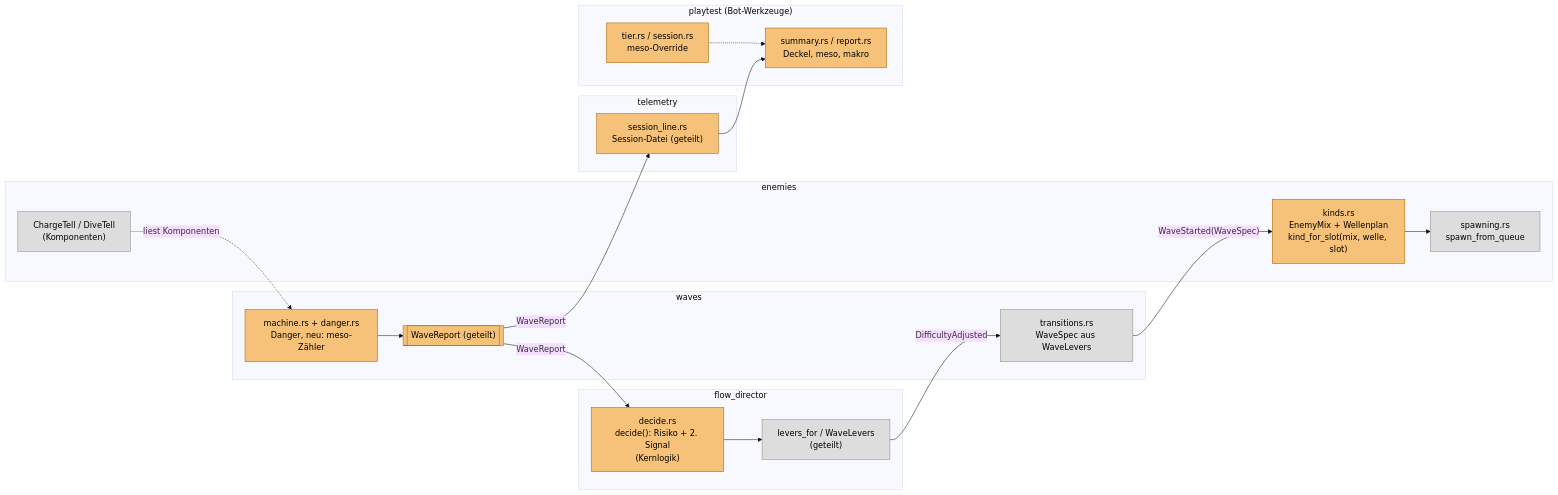
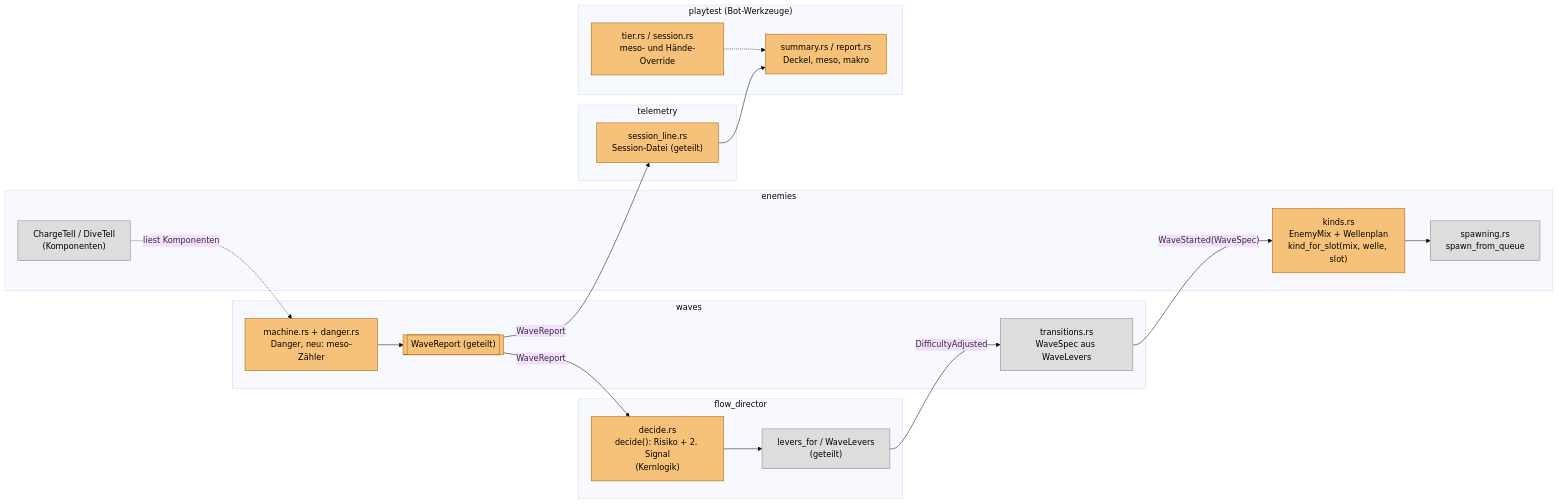
Before and after one commit to Maginis00/Arena-flow: the first of 2 diagrams in docs/PLAN.md, drawn with Mermaid (base theme). The commit also changed other lines of this file, not shown here.

````diff
--- a/docs/PLAN.md
+++ b/docs/PLAN.md
@@ -90,40 +94,40 @@
 ```mermaid
 flowchart LR
   subgraph enemies
     KINDS["kinds.rs<br/>EnemyMix + Wellenplan<br/>kind_for_slot(mix, welle, slot)"]
     SPAWN["spawning.rs<br/>spawn_from_queue"]
     TELLS["ChargeTell / DiveTell<br/>(Komponenten)"]
   end
   subgraph waves
     TRANS["transitions.rs<br/>WaveSpec aus WaveLevers"]
     MEAS["machine.rs + danger.rs<br/>Danger, neu: meso-Zähler"]
     REPORT[["WaveReport (geteilt)"]]
   end
   subgraph flow_director
     DECIDE["decide.rs<br/>decide(): Risiko + 2. Signal<br/>(Kernlogik)"]
     LEVERS["levers_for / WaveLevers<br/>(geteilt)"]
   end
   subgraph telemetry
     LINE["session_line.rs<br/>Session-Datei (geteilt)"]
   end
   subgraph playtest["playtest (Bot-Werkzeuge)"]
     SUM["summary.rs / report.rs<br/>Deckel, meso, makro"]
-    TIER["tier.rs / session.rs<br/>meso-Override"]
+    TIER["tier.rs / session.rs<br/>meso- und Hände-Override"]
   end
 
   TRANS -- "WaveStarted(WaveSpec)" --> KINDS
   KINDS --> SPAWN
   TELLS -. "liest Komponenten" .-> MEAS
   MEAS --> REPORT
   REPORT -- "WaveReport" --> DECIDE
   DECIDE --> LEVERS
   LEVERS -- "DifficultyAdjusted" --> TRANS
   REPORT -- "WaveReport" --> LINE
   LINE --> SUM
   TIER -.-> SUM
 
   classDef v1 fill:#f6c27a,stroke:#a35f00,color:#000
   classDef same fill:#ddd,stroke:#888,color:#000
   class KINDS,MEAS,REPORT,DECIDE,LINE,SUM,TIER v1
   class SPAWN,TELLS,TRANS,LEVERS same
 ```
````
